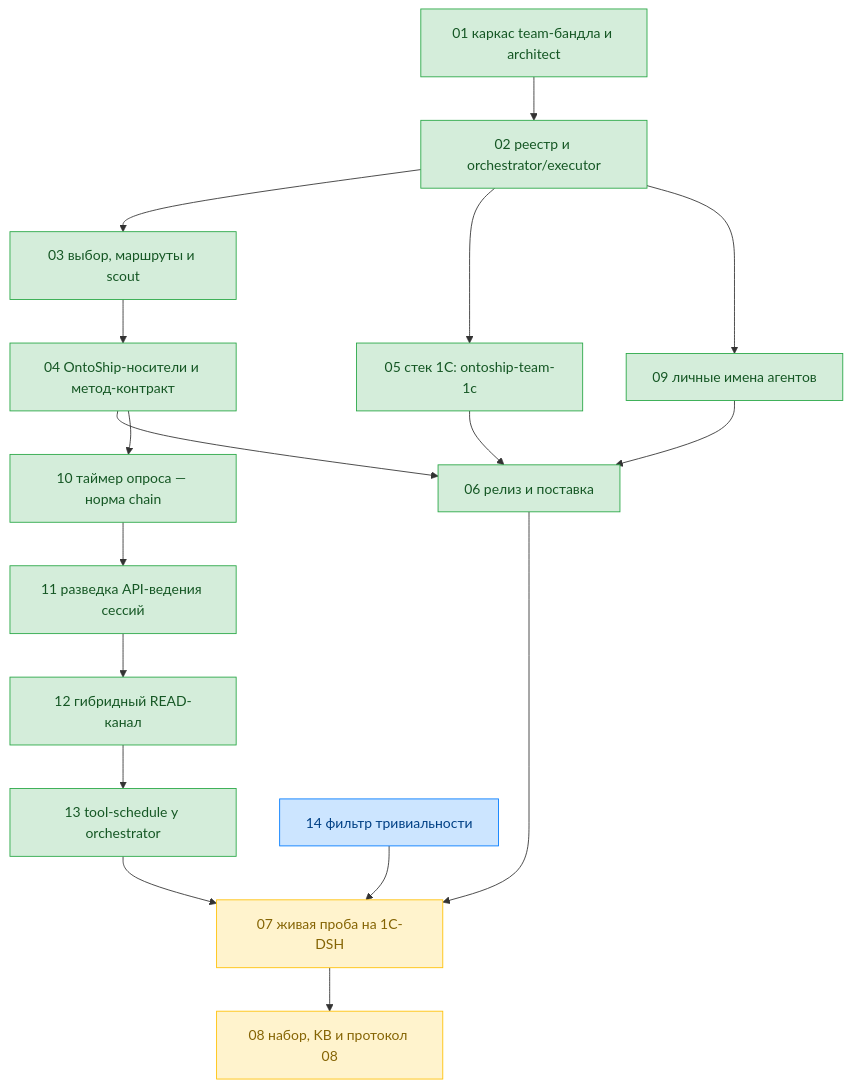
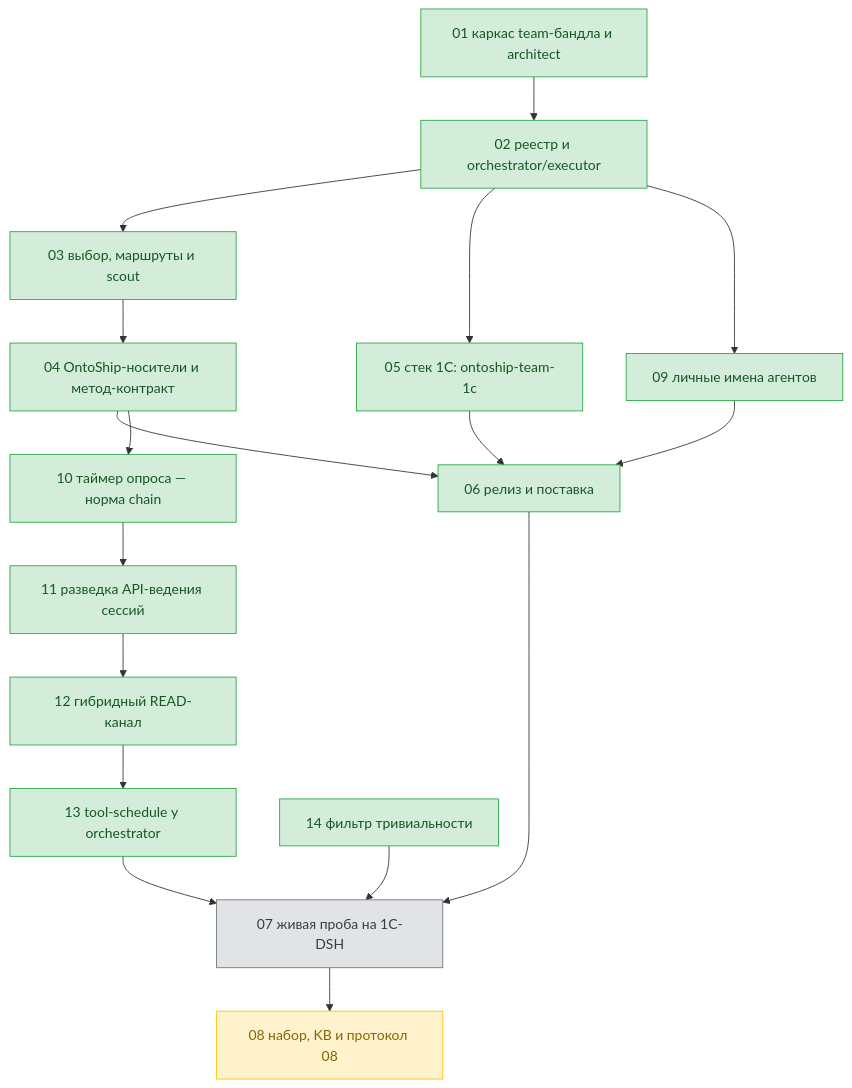
One commit to ntin60775/ontoship-ntin changed the diagram in tickets/team-profiles/dag.md. Above: the diagram before and after it, drawn with Mermaid. The commit also changed other lines of this file and 4 other files, not shown here.

````diff
--- a/tickets/team-profiles/dag.md
+++ b/tickets/team-profiles/dag.md
@@ -11,44 +11,43 @@
 ```mermaid
 flowchart TD
   T01["01 каркас team-бандла и architect"]
   T02["02 реестр и orchestrator/executor"]
   T03["03 выбор, маршруты и scout"]
   T04["04 OntoShip-носители и метод-контракт"]
   T05["05 стек 1C: ontoship-team-1c"]
   T06["06 релиз и поставка"]
   T07["07 живая проба на 1C-DSH"]
   T08["08 набор, KB и протокол 08"]
   T09["09 личные имена агентов"]
   T10["10 таймер опроса — норма chain"]
   T11["11 разведка API-ведения сессий"]
   T12["12 гибридный READ-канал"]
   T13["13 tool-schedule у orchestrator"]
   T14["14 фильтр тривиальности"]
 
   T01 --> T02
   T02 --> T03
   T02 --> T05
   T02 --> T09
   T03 --> T04
   T04 --> T06
   T04 --> T10
   T05 --> T06
   T09 --> T06
   T06 --> T07
   T10 --> T11
   T11 --> T12
   T12 --> T13
   T13 --> T07
   T14 --> T07
   T07 --> T08
 
   classDef done fill:#d4edda,stroke:#28a745,color:#155724;
   classDef running fill:#cce5ff,stroke:#007bff,color:#004085;
   classDef pending fill:#e2e3e5,stroke:#6c757d,color:#383d41;
   classDef waiting fill:#fff3cd,stroke:#ffc107,color:#856404;
 
-  class T01,T02,T03,T04,T05,T06,T09,T10,T11,T12,T13 done;
-  class T07 waiting;
+  class T01,T02,T03,T04,T05,T06,T09,T10,T11,T12,T13,T14 done;
+  class T07 pending;
   class T08 waiting;
-  class T14 running;
 ```
````
